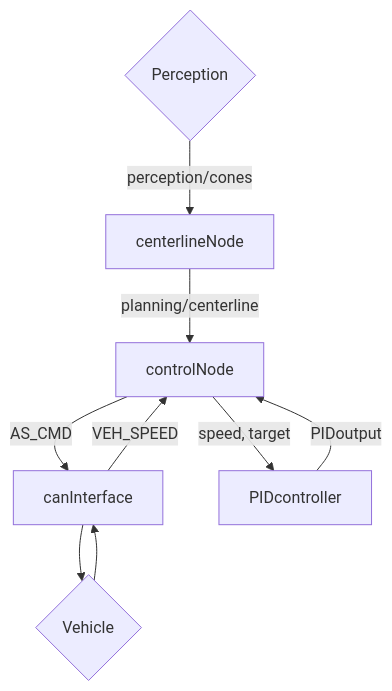
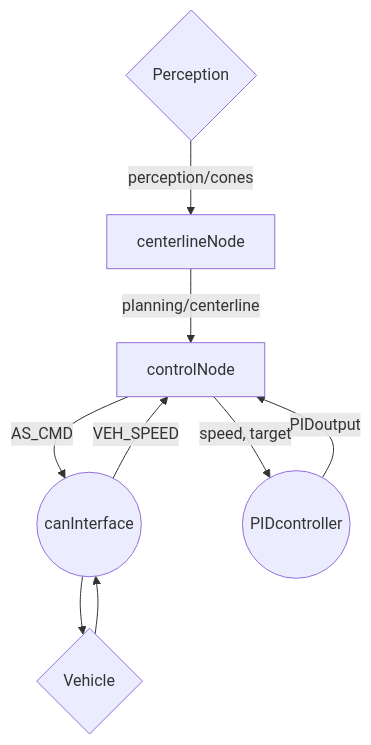
Before and after one commit to FApew/recruiting-sw-control: the diagram in REPORT.md, drawn with Mermaid. The commit also changed other lines of this file and 1 other file, not shown here.

````diff
--- a/REPORT.md
+++ b/REPORT.md
@@ -8,11 +8,11 @@
 ```mermaid
 graph TD
   A{Perception} -->|perception/cones| B[centerlineNode]
   B -->|planning/centerline| C[controlNode]
-  D[canInterface] -->|VEH_SPEED| C
+  D((canInterface)) -->|VEH_SPEED| C
   C -->|AS_CMD| D
-  E[PIDcontroller] -->|PIDoutput| C
+  E((PIDcontroller)) -->|PIDoutput| C
   C -->|speed, target| E
   D --> F{Vehicle}
   F --> D
 ```
````
